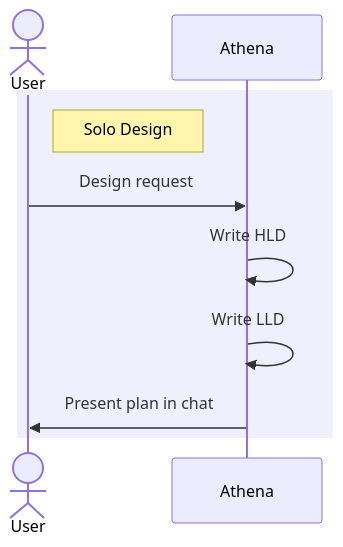
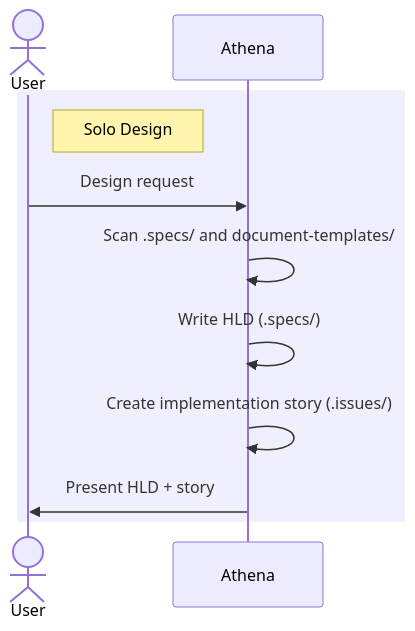
One commit to dragoscirjan/opencode-config changed the third of 6 diagrams in README.md. Above: the diagram before and after it, drawn with Mermaid. The commit also changed other lines of this file and 78 other files, not shown here.

````diff
--- a/README.md
+++ b/README.md
@@ -127,13 +143,14 @@
 ```mermaid
 sequenceDiagram
     actor User
     participant A as Athena
 
     rect rgb(99, 102, 241, 0.1)
     note right of User: Solo Design
     User->>A: Design request
-    A->>A: Write HLD
-    A->>A: Write LLD
-    A->>User: Present plan in chat
+    A->>A: Scan .specs/ and document-templates/
+    A->>A: Write HLD (.specs/)
+    A->>A: Create implementation story (.issues/)
+    A->>User: Present HLD + story
     end
 ```
````
